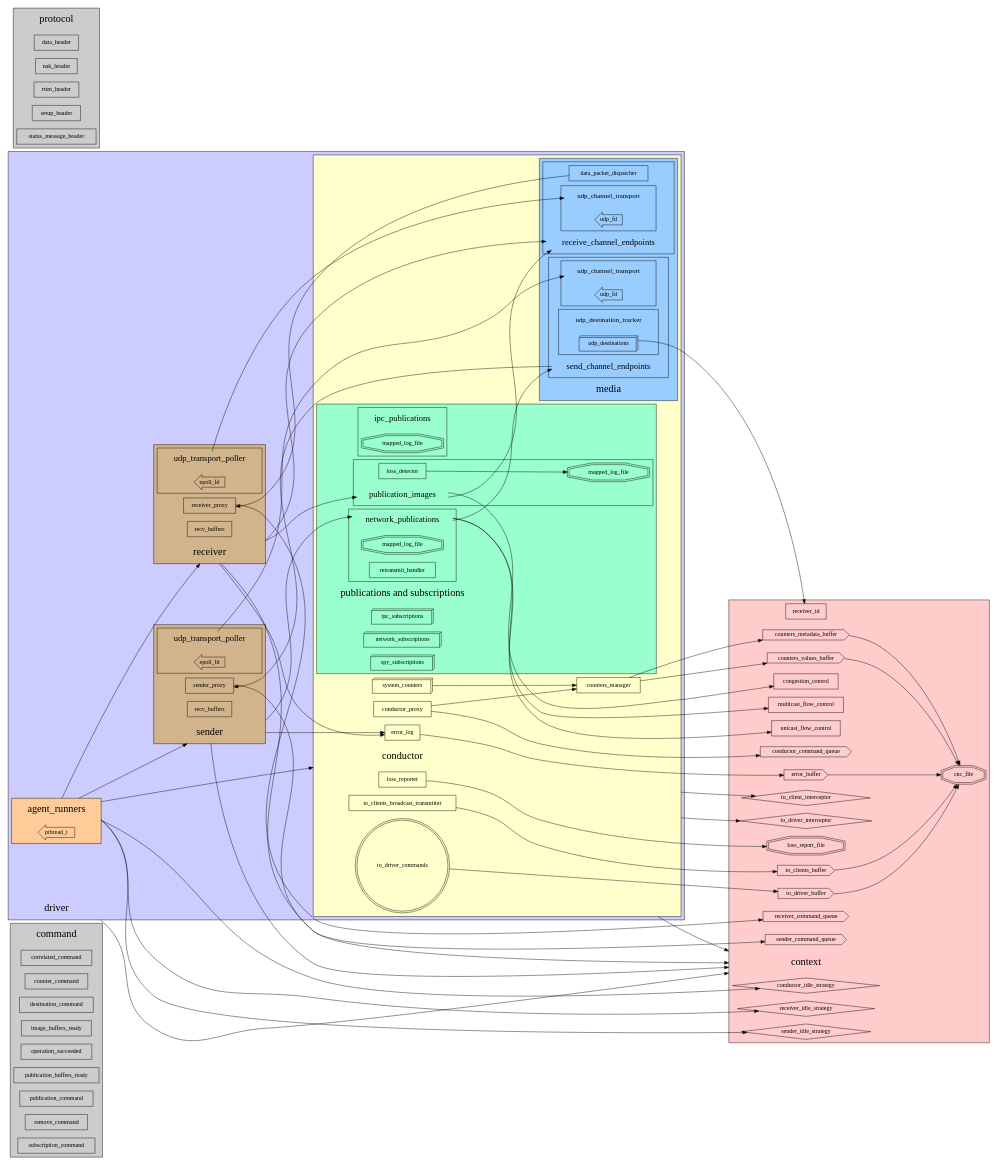
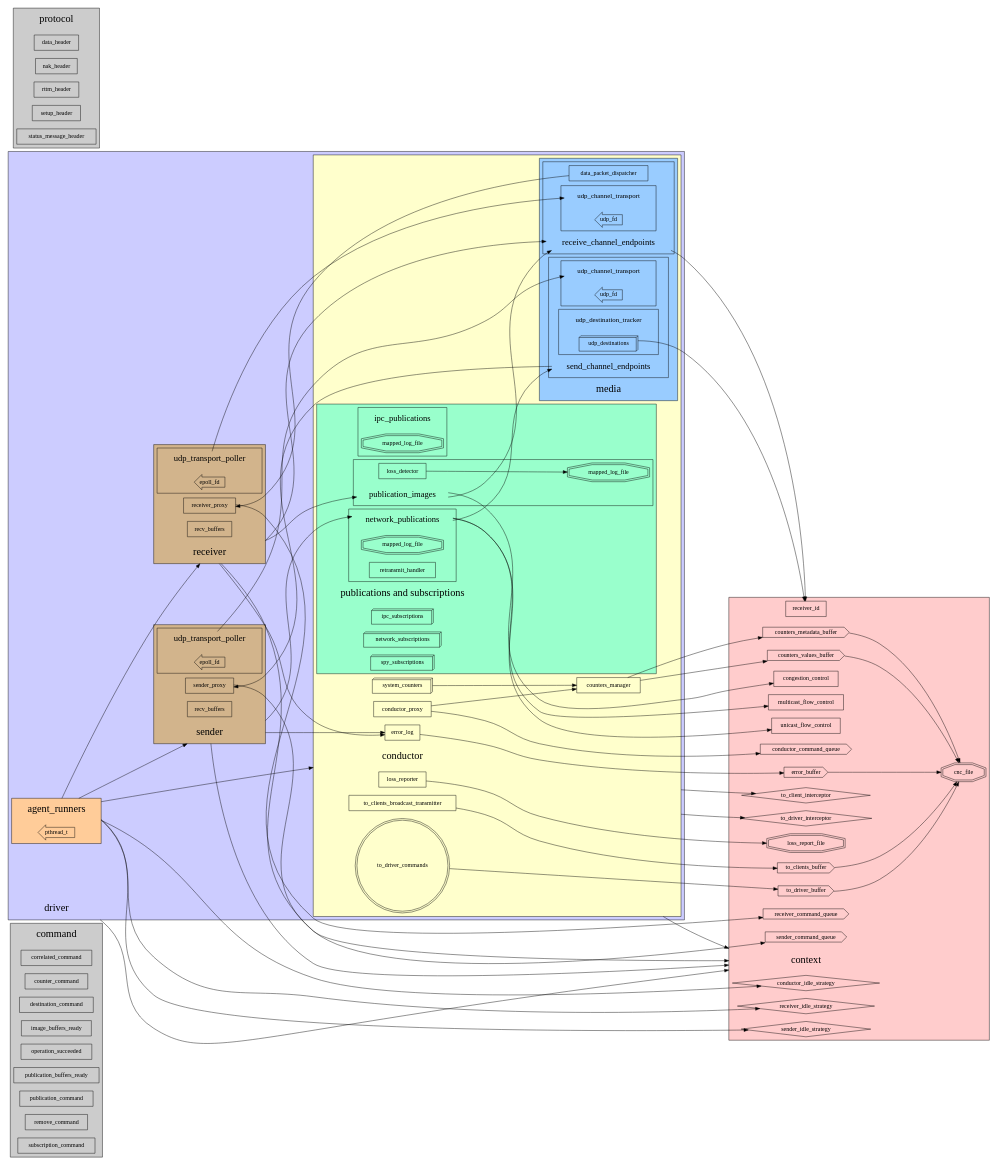
Before and after one commit to khklau/aeron-dpdk-driver: the diagram in doc/c_driver.dot, drawn with Graphviz.

Commit message:
receive_channel_endpoint also references receiver_id

```diff
--- a/doc/c_driver.dot
+++ b/doc/c_driver.dot
@@ -254,6 +254,7 @@
     network_publications -> multicast_flow_control;
     network_publications -> unicast_flow_control;
     publication_images -> congestion_control;
+    receive_channel_endpoints -> receiver_id;
     receiver -> context [ ltail=cluster_receiver, lhead=cluster_context ];
     receiver -> error_log [ ltail=cluster_receiver ];
     receiver -> publication_images [ ltail=cluster_receiver];
```
